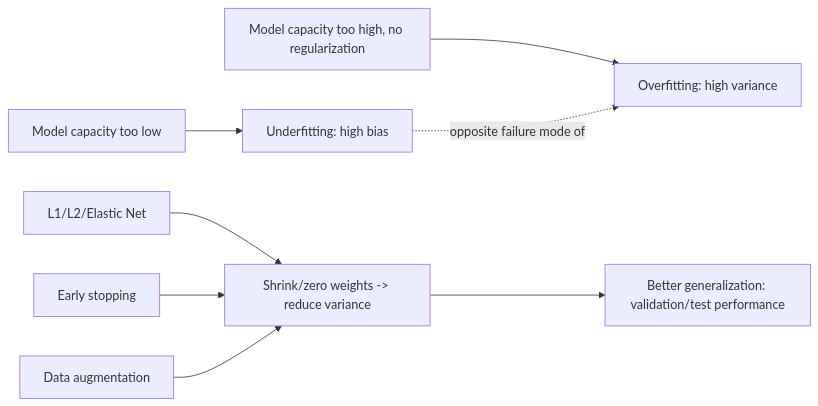
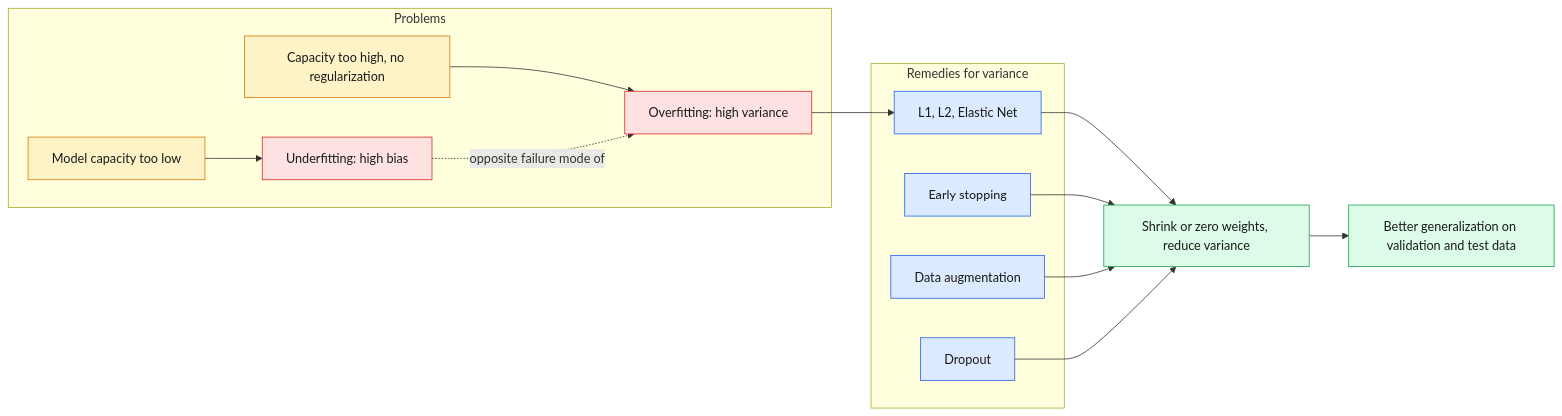
One commit to bhanu-prakash12/ai-ml-engineer-fundamentals changed the diagram in day02_machine_learning/11_generalization/README.md. Above: the diagram before and after it, drawn with Mermaid. The commit also changed other lines of this file and 68 other files, not shown here.

````diff
--- a/day02_machine_learning/11_generalization/README.md
+++ b/day02_machine_learning/11_generalization/README.md
@@ -33,10 +62,28 @@
 ```mermaid
 flowchart LR
-  A[Model capacity too low] --> B[Underfitting: high bias]
-  C[Model capacity too high, no regularization] --> D[Overfitting: high variance]
-  E[L1/L2/Elastic Net] --> F[Shrink/zero weights -> reduce variance]
-  G[Early stopping] --> F
-  H[Data augmentation] --> F
-  B -.opposite failure mode of.-> D
-  F --> I[Better generalization: validation/test performance]
+  subgraph P["Problems"]
+    A["Model capacity too low"] --> B["Underfitting: high bias"]
+    C["Capacity too high, no regularization"] --> D["Overfitting: high variance"]
+  end
+  subgraph T["Remedies for variance"]
+    E["L1, L2, Elastic Net"]
+    G["Early stopping"]
+    H["Data augmentation"]
+    J["Dropout"]
+  end
+  E --> F["Shrink or zero weights, reduce variance"]
+  G --> F
+  H --> F
+  J --> F
+  B -.->|"opposite failure mode of"| D
+  D --> E
+  F --> I["Better generalization on validation and test data"]
+  classDef bad fill:#FEE2E2,stroke:#DC2626,color:#1a1a1a;
+  classDef warn fill:#FEF3C7,stroke:#D97706,color:#1a1a1a;
+  classDef fix fill:#DBEAFE,stroke:#2563EB,color:#1a1a1a;
+  classDef good fill:#DCFCE7,stroke:#16A34A,color:#1a1a1a;
+  class B,D bad;
+  class A,C warn;
+  class E,G,H,J fix;
+  class F,I good;
 ```
````
